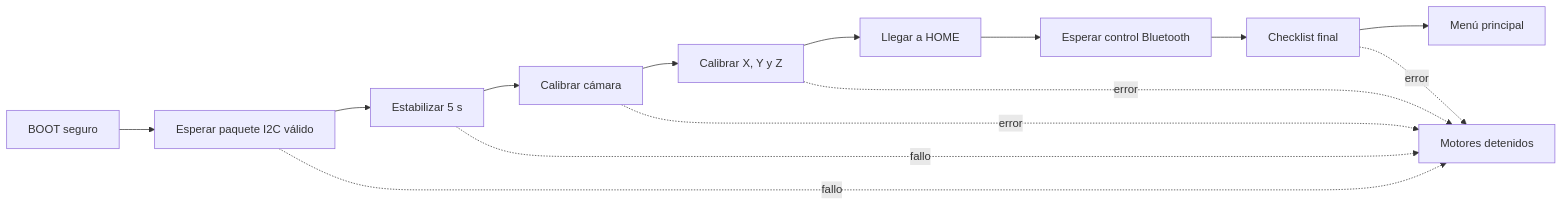
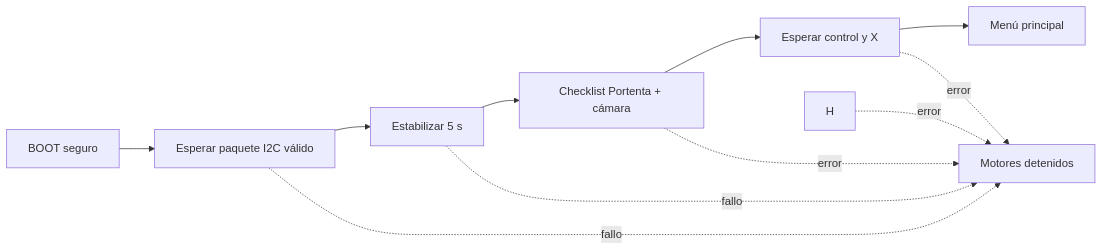
The diagram in V3/INFORME_INTEGRACION.md (sammy64201/graduacion_cartesiano_codigo), drawn with Mermaid before and after one commit. The commit also changed other lines of this file and 986 other files, not shown here.

````diff
--- a/V3/INFORME_INTEGRACION.md
+++ b/V3/INFORME_INTEGRACION.md
@@ -106,16 +106,13 @@
 ```mermaid
 flowchart LR
     A["BOOT seguro"] --> B["Esperar paquete I2C válido"]
     B --> C["Estabilizar 5 s"]
-    C --> D["Calibrar cámara"]
-    D --> E["Calibrar X, Y y Z"]
-    E --> F["Llegar a HOME"]
-    F --> G["Esperar control Bluetooth"]
-    G --> H["Checklist final"]
-    H --> I["Menú principal"]
+    C --> D["Checklist Portenta + cámara"]
+    D --> E["Esperar control y X"]
+    E --> F["Menú principal"]
     B -. fallo .-> X["Motores detenidos"]
     C -. fallo .-> X
     D -. error .-> X
     E -. error .-> X
     H -. error .-> X
 ```
````
